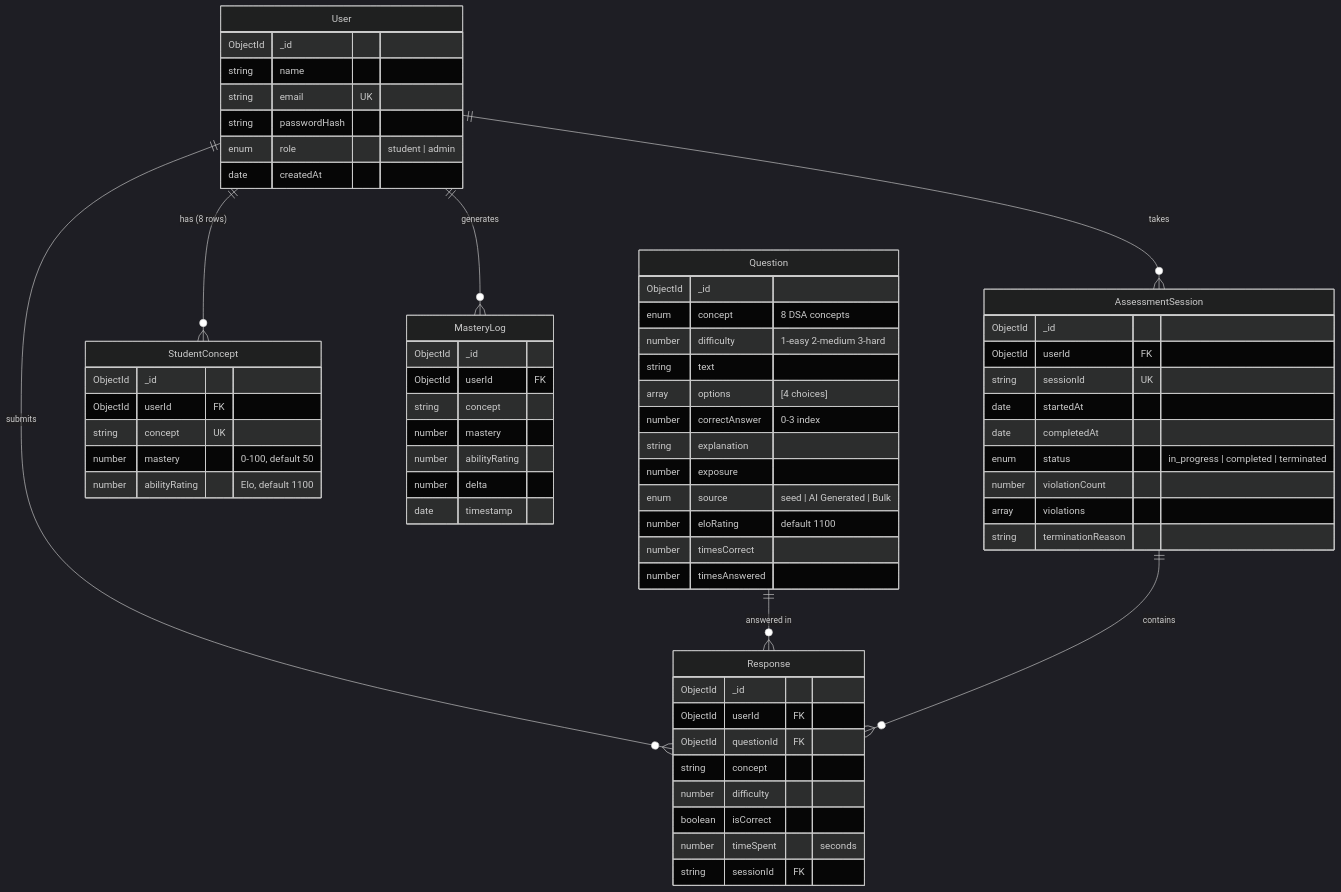
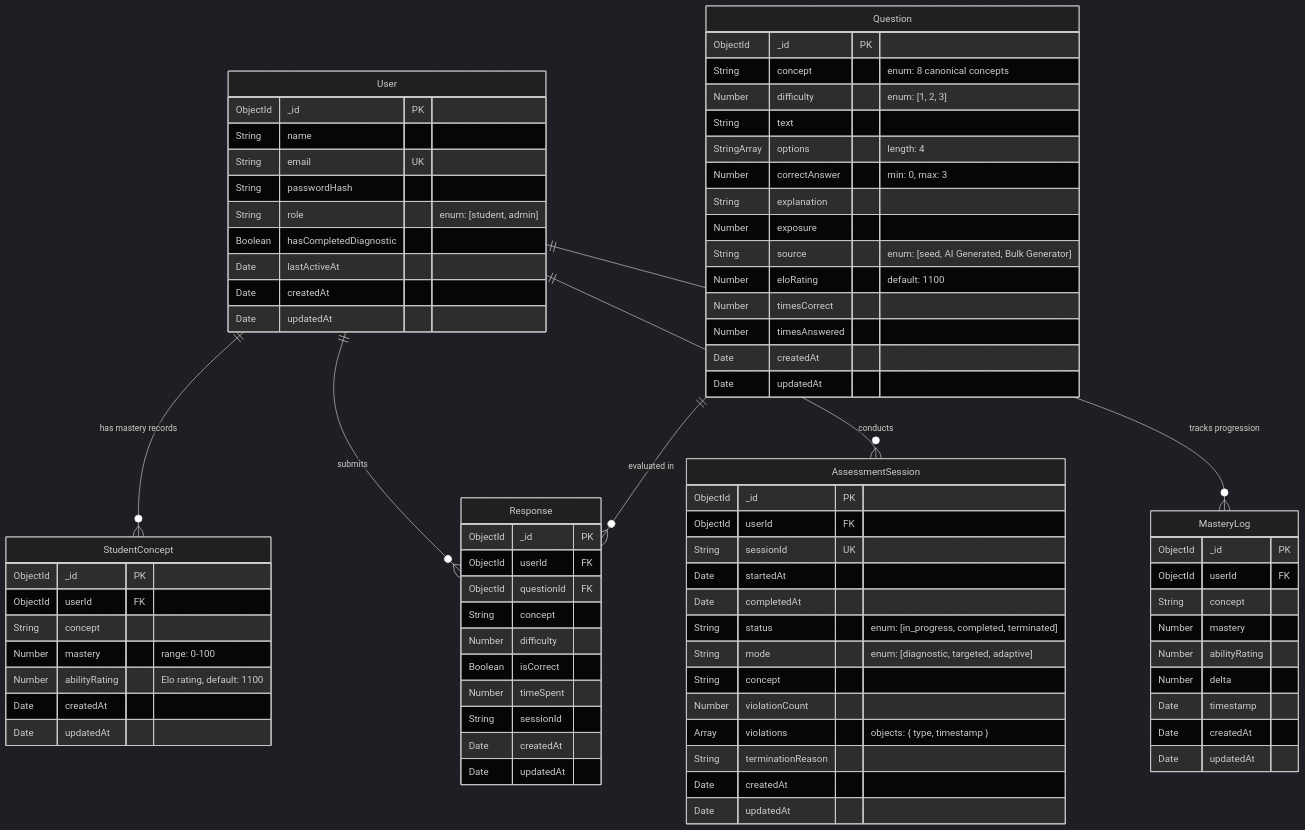
The second of 6 diagrams in README.md (Iamdivy69/SIH2026_INTERNAL), drawn with Mermaid (dark theme) before and after one commit. The commit also changed other lines of this file, not shown here.

Commit message:
docs: comprehensive README with tech stack, architecture diagrams, data models, workflows, API reference, setup guide, and phase history

````diff
--- a/README.md
+++ b/README.md
@@ -104,74 +77,88 @@
 ```mermaid
 erDiagram
-    User ||--o{ AssessmentSession : "takes"
-    User ||--o{ StudentConcept : "has (8 rows)"
+    User ||--o{ StudentConcept : "has mastery records"
     User ||--o{ Response : "submits"
-    User ||--o{ MasteryLog : "generates"
-    Question ||--o{ Response : "answered in"
-    AssessmentSession ||--o{ Response : "contains"
+    User ||--o{ AssessmentSession : "conducts"
+    User ||--o{ MasteryLog : "tracks progression"
+    Question ||--o{ Response : "evaluated in"
 
     User {
-        ObjectId _id
-        string name
-        string email UK
-        string passwordHash
-        enum role "student | admin"
-        date createdAt
+        ObjectId _id PK
+        String name
+        String email UK
+        String passwordHash
+        String role "enum: [student, admin]"
+        Boolean hasCompletedDiagnostic
+        Date lastActiveAt
+        Date createdAt
+        Date updatedAt
     }
 
     Question {
-        ObjectId _id
-        enum concept "8 DSA concepts"
-        number difficulty "1-easy 2-medium 3-hard"
-        string text
-        array options "[4 choices]"
-        number correctAnswer "0-3 index"
-        string explanation
-        number exposure
-        enum source "seed | AI Generated | Bulk"
-        number eloRating "default 1100"
-        number timesCorrect
-        number timesAnswered
+        ObjectId _id PK
+        String concept "enum: 8 canonical concepts"
+        Number difficulty "enum: [1, 2, 3]"
+        String text
+        StringArray options "length: 4"
+        Number correctAnswer "min: 0, max: 3"
+        String explanation
+        Number exposure
+        String source "enum: [seed, AI Generated, Bulk Generator]"
+        Number eloRating "default: 1100"
+        Number timesCorrect
+        Number timesAnswered
+        Date createdAt
+        Date updatedAt
     }
 
     StudentConcept {
-        ObjectId _id
+        ObjectId _id PK
         ObjectId userId FK
-        string concept UK
-        number mastery "0-100, default 50"
-        number abilityRating "Elo, default 1100"
+        String concept
+        Number mastery "range: 0-100"
+        Number abilityRating "Elo rating, default: 1100"
+        Date createdAt
+        Date updatedAt
     }
 
     Response {
-        ObjectId _id
+        ObjectId _id PK
         ObjectId userId FK
         ObjectId questionId FK
-        string concept
-        number difficulty
-        boolean isCorrect
-        number timeSpent "seconds"
-        string sessionId FK
+        String concept
+        Number difficulty
+        Boolean isCorrect
+        Number timeSpent
+        String sessionId
+        Date createdAt
+        Date updatedAt
     }
 
     AssessmentSession {
-        ObjectId _id
+        ObjectId _id PK
         ObjectId userId FK
-        string sessionId UK
-        date startedAt
-        date completedAt
-        enum status "in_progress | completed | terminated"
-        number violationCount
-        array violations
-        string terminationReason
+        String sessionId UK
+        Date startedAt
+        Date completedAt
+        String status "enum: [in_progress, completed, terminated]"
+        String mode "enum: [diagnostic, targeted, adaptive]"
+        String concept
+        Number violationCount
+        Array violations "objects: { type, timestamp }"
+        String terminationReason
+        Date createdAt
+        Date updatedAt
     }
 
     MasteryLog {
-        ObjectId _id
+        ObjectId _id PK
         ObjectId userId FK
-        string concept
-        number mastery
-        number abilityRating
-        number delta
-        date timestamp
+        String concept
+        Number mastery
+        Number abilityRating
+        Number delta
+        Date timestamp
+        Date createdAt
+        Date updatedAt
     }
 ```
````
